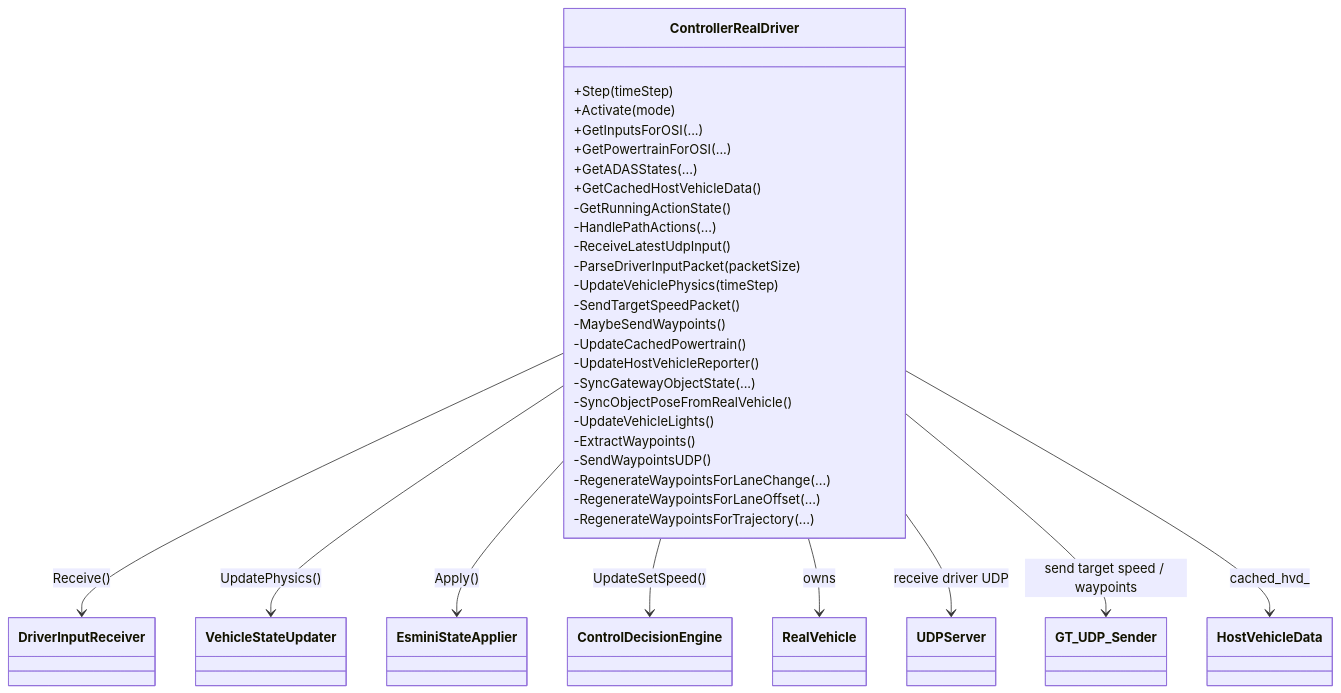
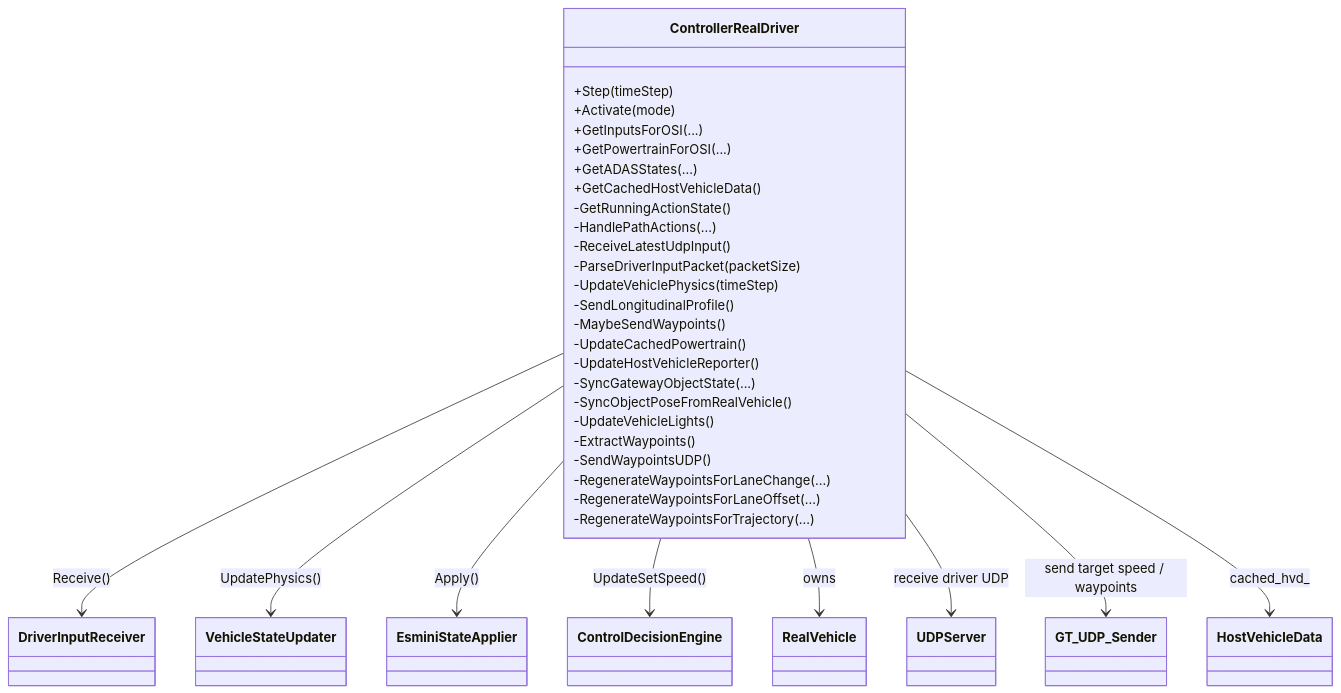
One commit to GT-karny/esmini changed the first of 10 diagrams in GT_esmini/docs/controller_real_driver_logic.md. Above: the diagram before and after it, drawn with Mermaid. The commit also changed other lines of this file and 38 other files, not shown here.

````diff
--- a/GT_esmini/docs/controller_real_driver_logic.md
+++ b/GT_esmini/docs/controller_real_driver_logic.md
@@ -9,46 +9,46 @@
 ```mermaid
 classDiagram
     class ControllerRealDriver {
       +Step(timeStep)
       +Activate(mode)
       +GetInputsForOSI(...)
       +GetPowertrainForOSI(...)
       +GetADASStates(...)
       +GetCachedHostVehicleData()
       -GetRunningActionState()
       -HandlePathActions(...)
       -ReceiveLatestUdpInput()
       -ParseDriverInputPacket(packetSize)
       -UpdateVehiclePhysics(timeStep)
-      -SendTargetSpeedPacket()
+      -SendLongitudinalProfile()
       -MaybeSendWaypoints()
       -UpdateCachedPowertrain()
       -UpdateHostVehicleReporter()
       -SyncGatewayObjectState(...)
       -SyncObjectPoseFromRealVehicle()
       -UpdateVehicleLights()
       -ExtractWaypoints()
       -SendWaypointsUDP()
       -RegenerateWaypointsForLaneChange(...)
       -RegenerateWaypointsForLaneOffset(...)
       -RegenerateWaypointsForTrajectory(...)
     }
 
     class DriverInputReceiver
     class VehicleStateUpdater
     class EsminiStateApplier
     class ControlDecisionEngine
     class RealVehicle
     class UDPServer
     class GT_UDP_Sender
     class HostVehicleData
 
     ControllerRealDriver --> DriverInputReceiver : Receive()
     ControllerRealDriver --> VehicleStateUpdater : UpdatePhysics()
     ControllerRealDriver --> EsminiStateApplier : Apply()
     ControllerRealDriver --> ControlDecisionEngine : UpdateSetSpeed()
     ControllerRealDriver --> RealVehicle : owns
     ControllerRealDriver --> UDPServer : receive driver UDP
     ControllerRealDriver --> GT_UDP_Sender : send target speed / waypoints
     ControllerRealDriver --> HostVehicleData : cached_hvd_
 ```
````
